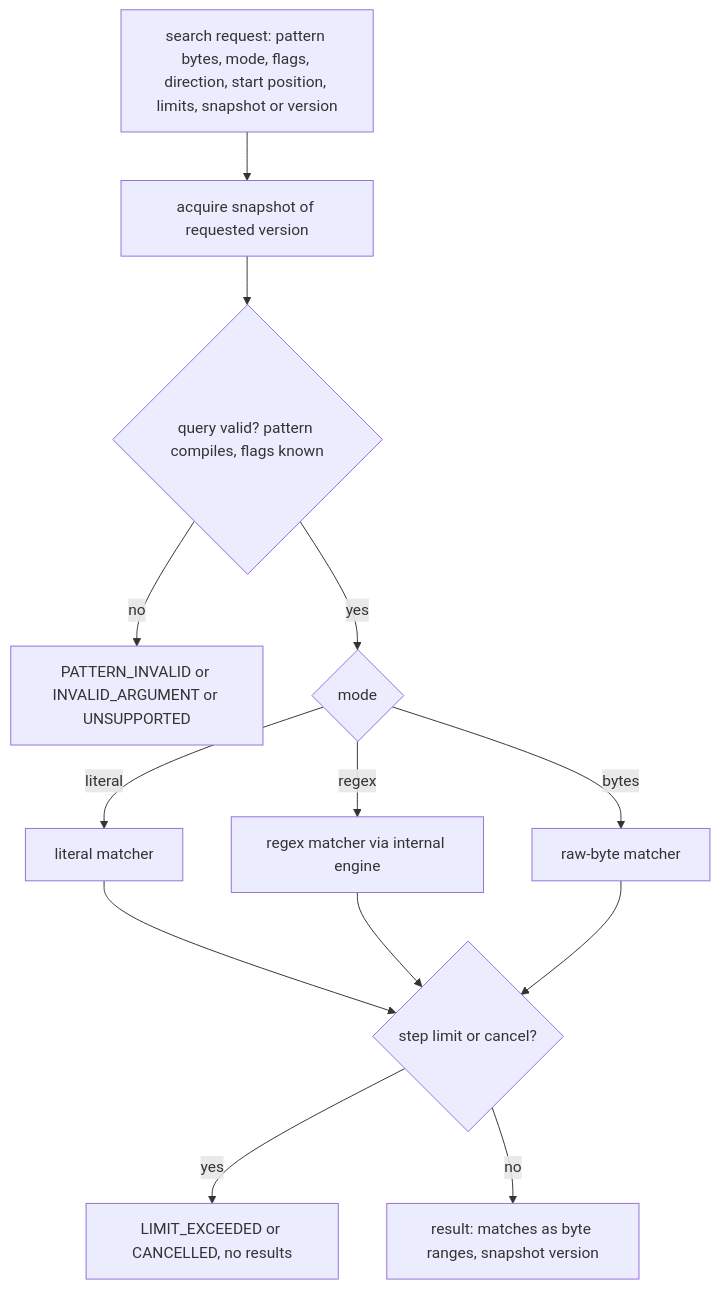
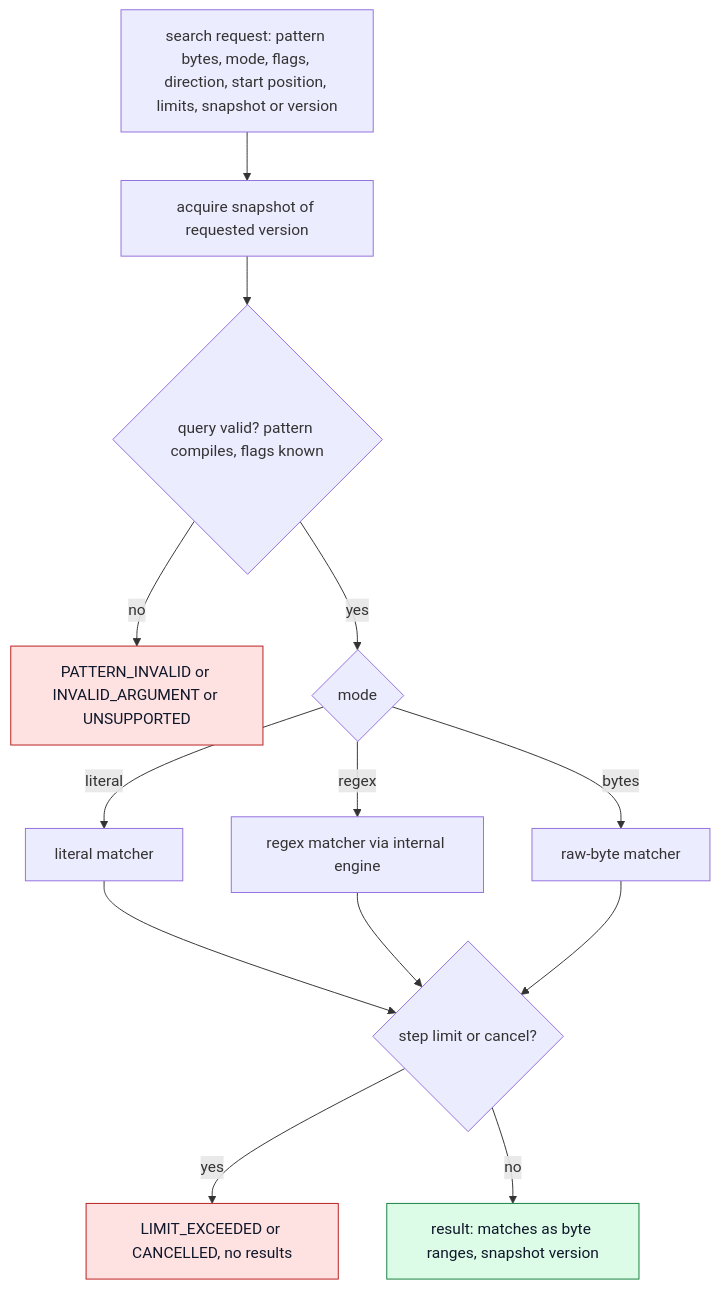
The diagram in docs/kernel/search-engine.md (cdin-editor/spec), drawn with Mermaid before and after one commit. The commit also changed other lines of this file and 8 other files, not shown here.

````diff
--- a/docs/kernel/search-engine.md
+++ b/docs/kernel/search-engine.md
@@ -18,23 +18,27 @@
 ```mermaid
 flowchart TB
     Q["search request: pattern bytes, mode, flags, direction, start position, limits, snapshot or version"]
     SNAP["acquire snapshot of requested version"]
     VAL{"query valid? pattern compiles, flags known"}
     ERR["PATTERN_INVALID or INVALID_ARGUMENT or UNSUPPORTED"]
     MODE{"mode"}
     LIT["literal matcher"]
     RX["regex matcher via internal engine"]
     RAW["raw-byte matcher"]
     LIM{"step limit or cancel?"}
     CAN["LIMIT_EXCEEDED or CANCELLED, no results"]
     RES["result: matches as byte ranges, snapshot version"]
 
     Q --> SNAP --> VAL
     VAL -- "no" --> ERR
     VAL -- "yes" --> MODE
     MODE -- "literal" --> LIT --> LIM
     MODE -- "regex" --> RX --> LIM
     MODE -- "bytes" --> RAW --> LIM
     LIM -- "yes" --> CAN
     LIM -- "no" --> RES
+    classDef bad fill:#fee2e2,stroke:#b91c1c,color:#0f172a
+    classDef ok fill:#dcfce7,stroke:#15803d,color:#0f172a
+    class CAN,ERR bad
+    class RES ok
 ```
````
